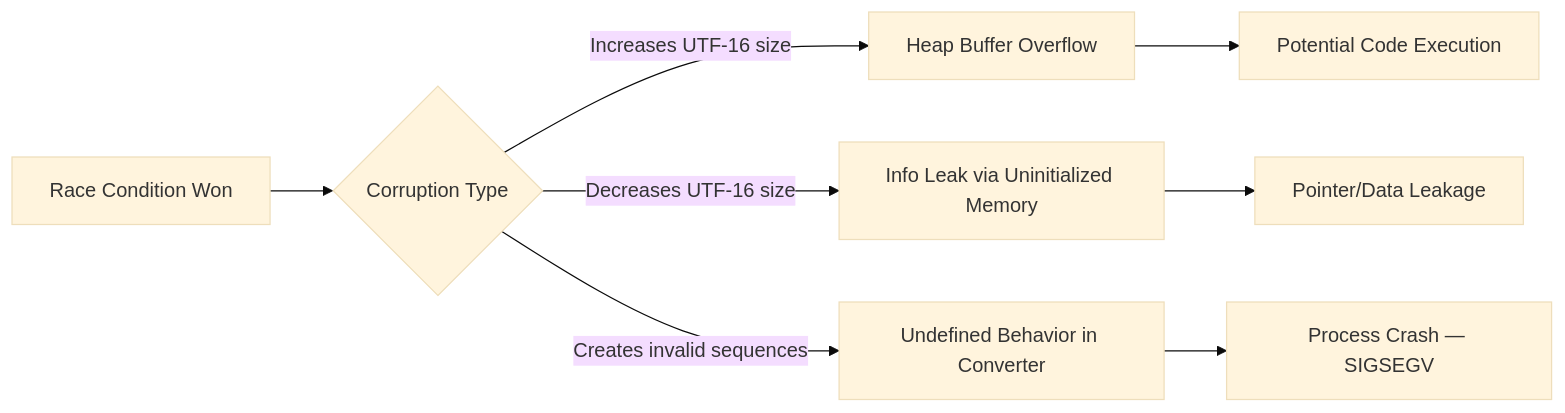
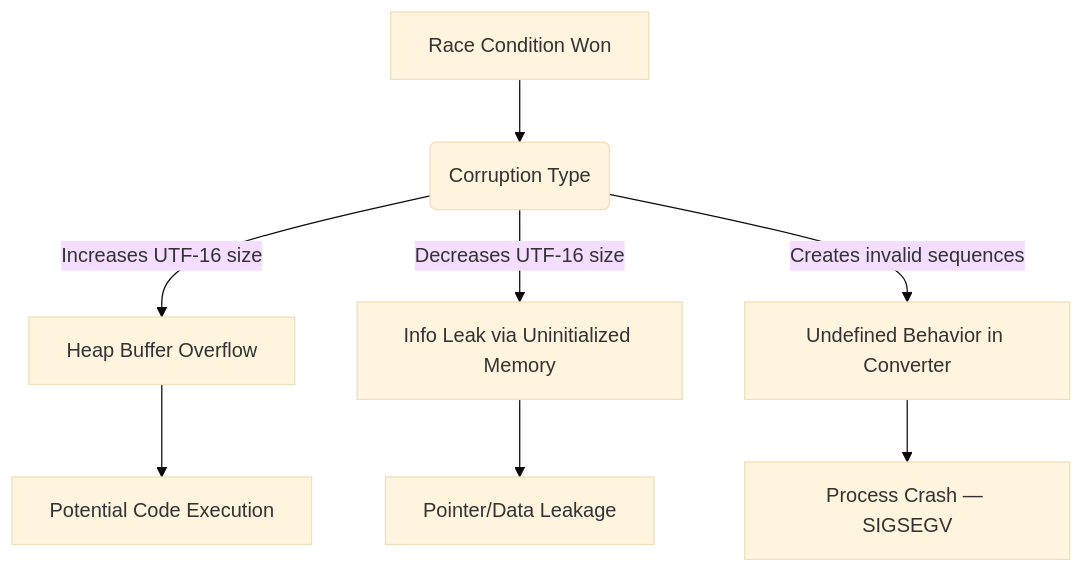
The third of 3 diagrams in src/content/blog/nodejs-sharedarraybuffer-toctou-memory-corruption.md (nithissh7/nithissh7.github.io), drawn with Mermaid (base theme) before and after one commit. The commit also changed other lines of this file and 9 other files, not shown here.

First line of the commit message:
Content pass: diagrams that fit the reading column, labelled code, cleaner structure

````diff
--- a/src/content/blog/nodejs-sharedarraybuffer-toctou-memory-corruption.md
+++ b/src/content/blog/nodejs-sharedarraybuffer-toctou-memory-corruption.md
@@ -209,11 +209,11 @@
 ```mermaid
-flowchart LR
-    A[Race Condition Won] --> B{Corruption Type}
+flowchart TD
+    A[Race Condition Won] --> B(Corruption Type)
     B -->|"Increases UTF-16 size"| C[Heap Buffer Overflow]
     B -->|"Decreases UTF-16 size"| D[Info Leak via Uninitialized Memory]
     B -->|"Creates invalid sequences"| E[Undefined Behavior in Converter]
 
     C --> F[Potential Code Execution]
     D --> G[Pointer/Data Leakage]
     E --> H[Process Crash — SIGSEGV]
 ```
````
